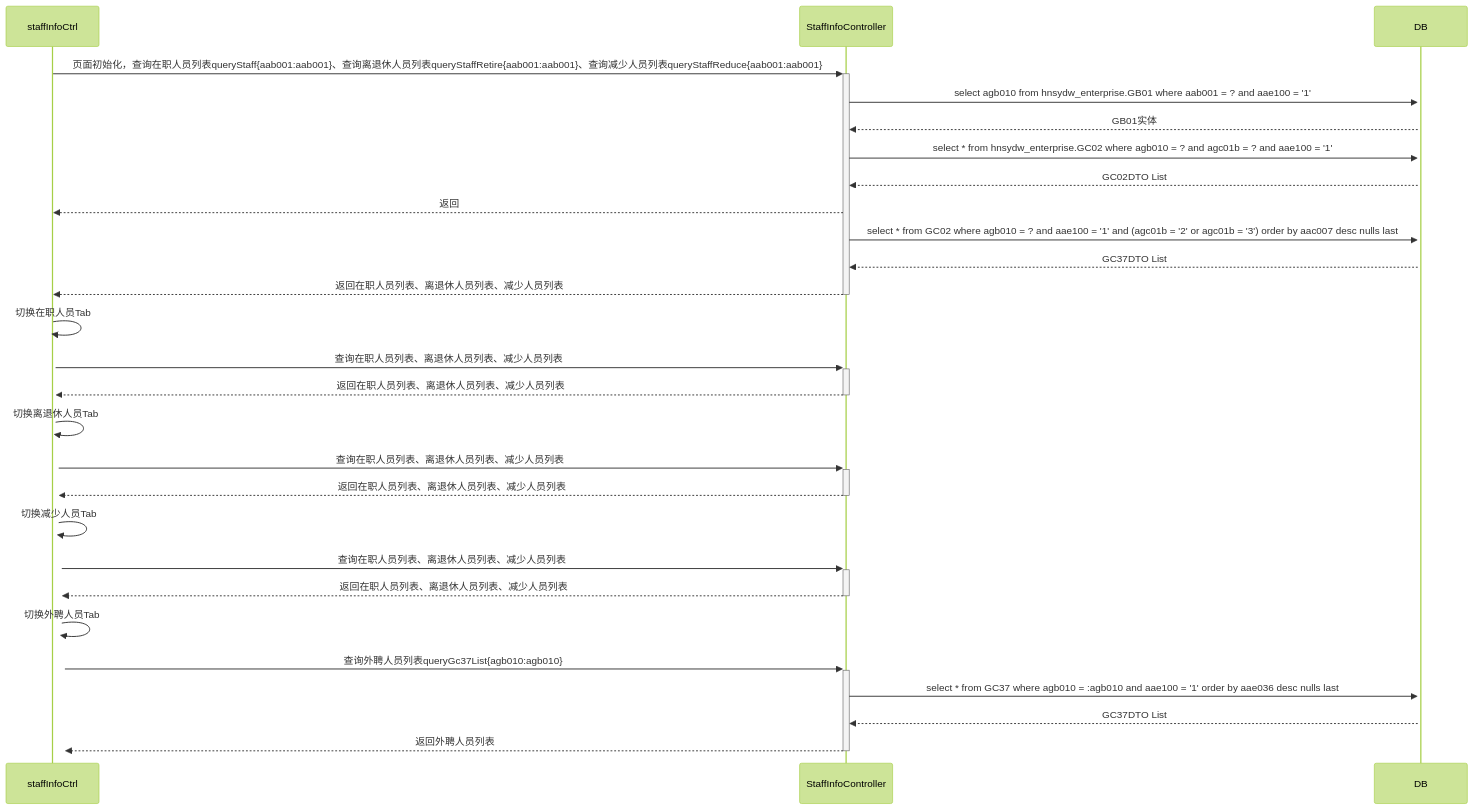
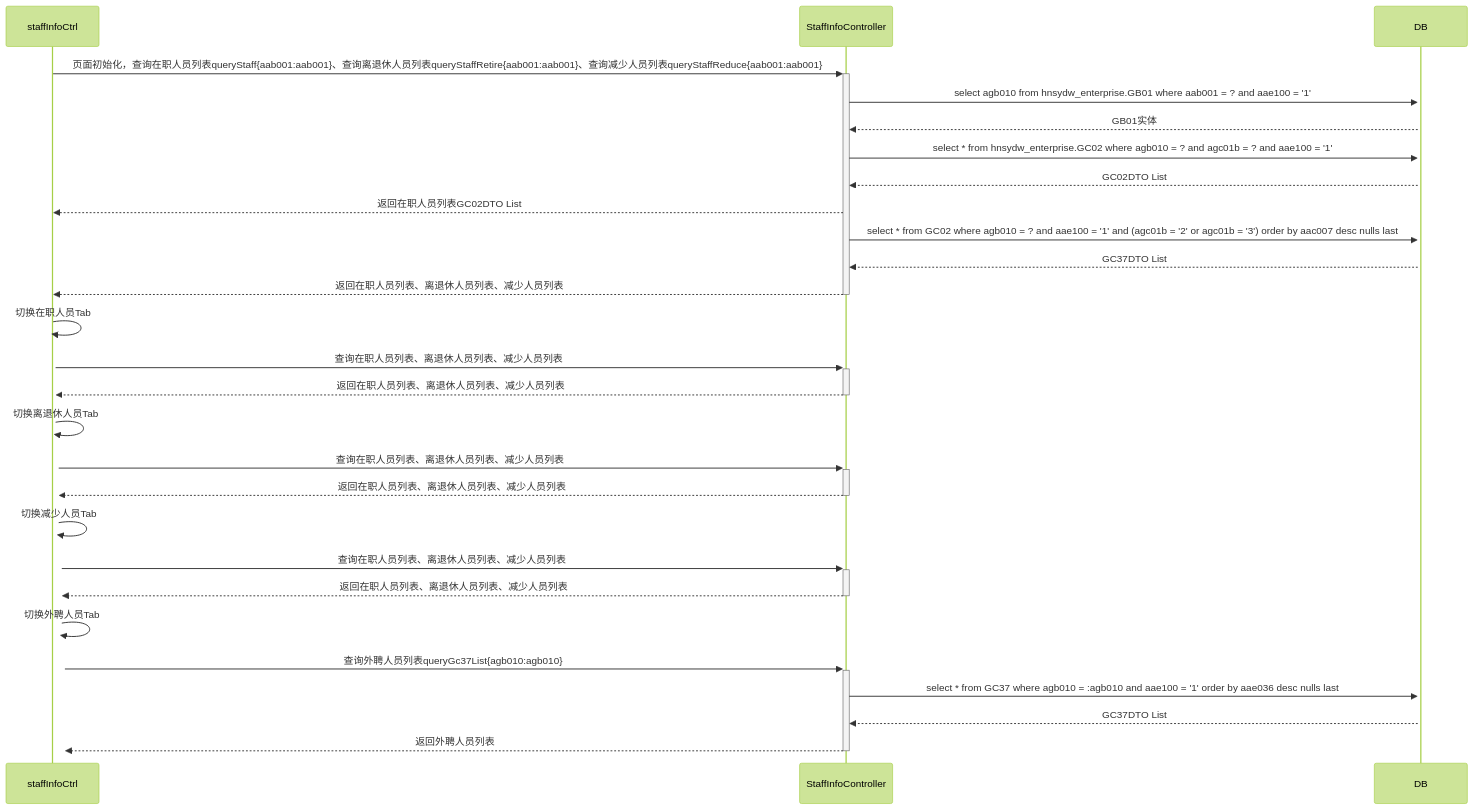
Before and after one commit to ZhangJianBeiJing/iodraw-files: the diagram in all/人员基本信息初始化页面多Tab调用业务流程.md, drawn with Mermaid (forest theme).

Commit message:
2025-03-25 10:46:41 update

````diff
--- a/all/人员基本信息初始化页面多Tab调用业务流程.md
+++ b/all/人员基本信息初始化页面多Tab调用业务流程.md
@@ -1,27 +1,27 @@
 ```mermaid
 sequenceDiagram
     staffInfoCtrl->>+StaffInfoController: 页面初始化，查询在职人员列表queryStaff{aab001:aab001}、查询离退休人员列表queryStaffRetire{aab001:aab001}、查询减少人员列表queryStaffReduce{aab001:aab001}
     
     StaffInfoController->>+DB:select agb010 from hnsydw_enterprise.GB01 where aab001 = ? and aae100 = '1'
     DB-->>StaffInfoController:GB01实体
     StaffInfoController->>+DB:select * from hnsydw_enterprise.GC02 where agb010 = ? and agc01b = ? and aae100 = '1'
     DB-->>StaffInfoController:GC02DTO List
-    StaffInfoController-->>staffInfoCtrl:返回
+    StaffInfoController-->>staffInfoCtrl:返回在职人员列表GC02DTO List
     StaffInfoController->>+DB:select * from GC02 where agb010 = ? and aae100 = '1' and (agc01b = '2' or agc01b = '3') order by aac007 desc nulls last 
     DB-->>StaffInfoController:GC37DTO List
     StaffInfoController-->>-staffInfoCtrl:返回在职人员列表、离退休人员列表、减少人员列表
     staffInfoCtrl->>+staffInfoCtrl:切换在职人员Tab
     staffInfoCtrl->>+StaffInfoController:查询在职人员列表、离退休人员列表、减少人员列表
     StaffInfoController-->>-staffInfoCtrl:返回在职人员列表、离退休人员列表、减少人员列表
     staffInfoCtrl->>+staffInfoCtrl:切换离退休人员Tab
     staffInfoCtrl->>+StaffInfoController:查询在职人员列表、离退休人员列表、减少人员列表
     StaffInfoController-->>-staffInfoCtrl:返回在职人员列表、离退休人员列表、减少人员列表
     staffInfoCtrl->>+staffInfoCtrl:切换减少人员Tab
     staffInfoCtrl->>+StaffInfoController:查询在职人员列表、离退休人员列表、减少人员列表
     StaffInfoController-->>-staffInfoCtrl:返回在职人员列表、离退休人员列表、减少人员列表
     staffInfoCtrl->>+staffInfoCtrl:切换外聘人员Tab
     staffInfoCtrl->>+StaffInfoController:查询外聘人员列表queryGc37List{agb010:agb010}
     StaffInfoController->>+DB:select * from GC37 where agb010 = :agb010 and aae100 = '1' order by aae036 desc nulls last
     DB-->>StaffInfoController:GC37DTO List 
     StaffInfoController-->>-staffInfoCtrl:返回外聘人员列表
 ```
````
